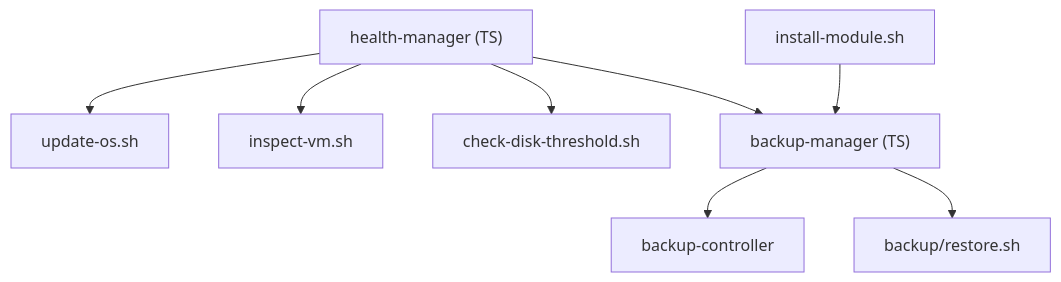
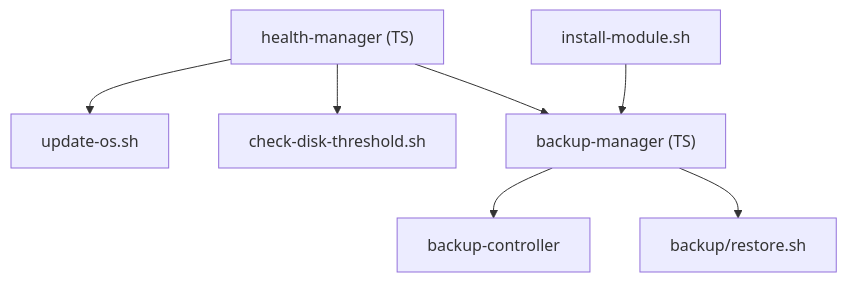
Before and after one commit to TAPPaaS/TAPPaaS: the fifth of 6 diagrams in src/foundation/DEPENDENCIES.md, drawn with Mermaid. The commit also changed other lines of this file and 10 other files, not shown here.

````diff
--- a/src/foundation/DEPENDENCIES.md
+++ b/src/foundation/DEPENDENCIES.md
@@ -288,10 +290,9 @@
 ```mermaid
 graph TD
     HM["health-manager (TS)"] --> UOS["update-os.sh"]
-    HM --> IV["inspect-vm.sh"]
     HM --> CDT["check-disk-threshold.sh"]
     HM --> BM["backup-manager (TS)"]
     BM --> BC["backup-controller"]
     BM --> FR["backup/restore.sh"]
     IM["install-module.sh"] --> BM
 ```
````
